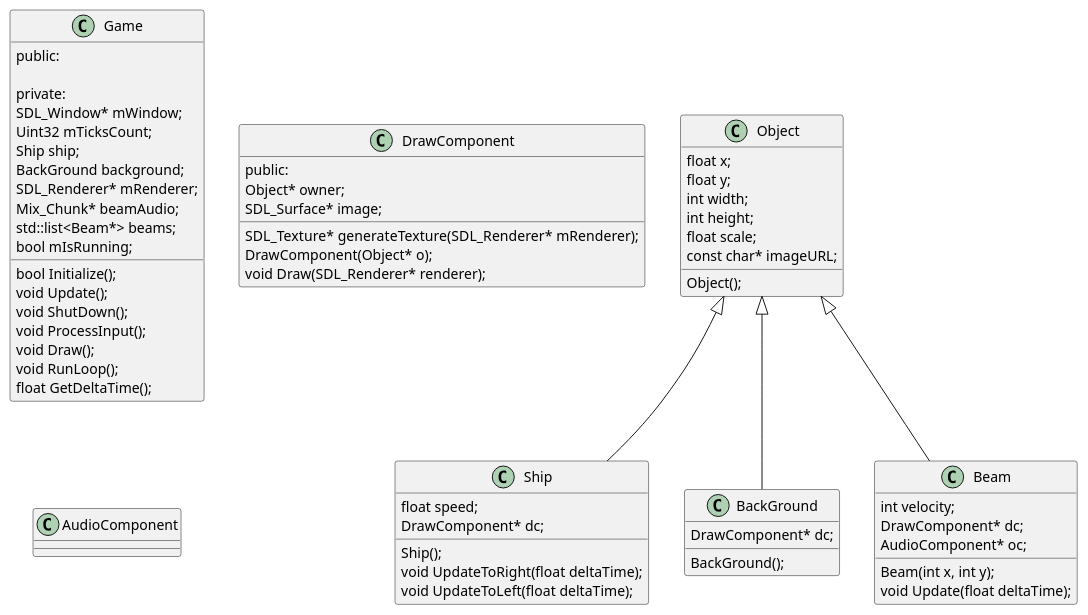
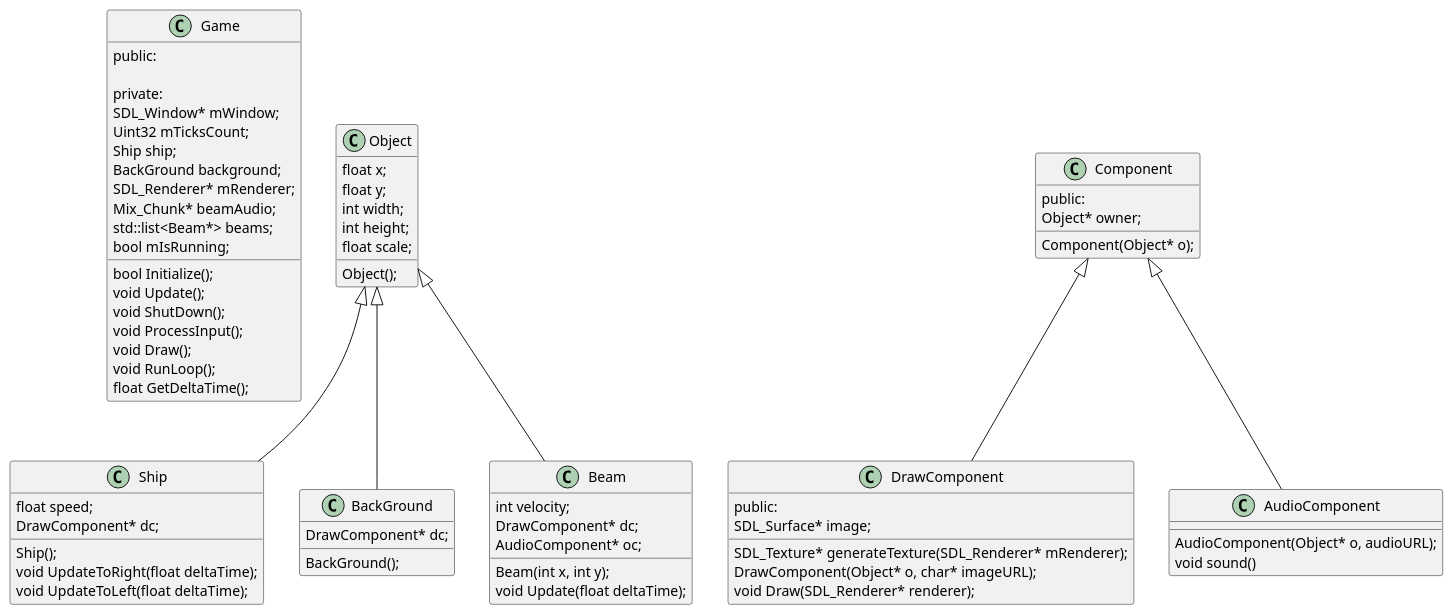
One commit to ns2pole/invaderGame changed the diagram in class.puml. Above: the diagram before and after it, drawn with PlantUML. The commit also changed 14 other files, not shown here.

```diff
--- a/class.puml
+++ b/class.puml
@@ -1,63 +1,69 @@
 @startuml
 
 class Game {
     public:
     bool Initialize();
     void Update();
     void ShutDown();
     void ProcessInput();
     void Draw();
     void RunLoop();
     float GetDeltaTime();
 
     private:
         SDL_Window* mWindow;
         Uint32 mTicksCount;
         Ship ship;
         BackGround background;
         SDL_Renderer* mRenderer;
         Mix_Chunk* beamAudio;
         std::list<Beam*> beams;
         bool mIsRunning;
 }
 class Object {
     Object();
     float x;
     float y;
     int width;
     int height;
     float scale;
-    const char* imageURL;
 }
 class Ship extends Object {
     Ship();
     float speed;
     void UpdateToRight(float deltaTime);
     void UpdateToLeft(float deltaTime);
     DrawComponent* dc;
 }
 class BackGround extends Object {
     BackGround();
     DrawComponent* dc;
 }
 class Beam extends Object {
     Beam(int x, int y);
     int velocity;
     void Update(float deltaTime);
     DrawComponent* dc;
     AudioComponent* oc;
 }
 
-class DrawComponent {
+class Component {
     public:
-        Object* owner;
+        Object* owner;    
+    Component(Object* o);
+}
+
+class DrawComponent extends Component{
+    public:
         SDL_Surface* image;
         SDL_Texture* generateTexture(SDL_Renderer* mRenderer);
-        DrawComponent(Object* o);
+        DrawComponent(Object* o, char* imageURL);
         void Draw(SDL_Renderer* renderer);
 }
 
-class AudioComponent {
+class AudioComponent extends Component{
+    AudioComponent(Object* o, audioURL);
+    void sound()
 }
 
 @enduml
```
